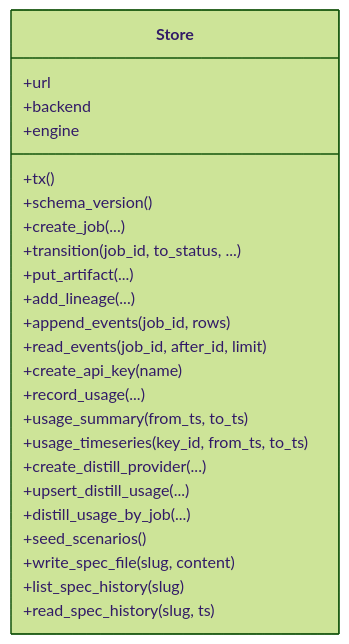
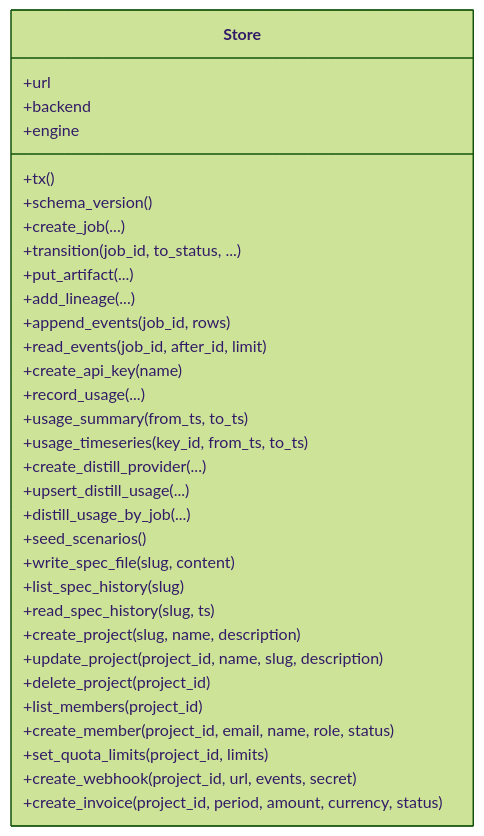
Before and after one commit to joezxh/kev: the third of 15 diagrams in .qoder/repowiki/zh/content/训练框架/控制台数据库持久化系统.md, drawn with Mermaid (forest theme). The commit also changed other lines of this file and 124 other files, not shown here.

````diff
--- a/.qoder/repowiki/zh/content/训练框架/控制台数据库持久化系统.md
+++ b/.qoder/repowiki/zh/content/训练框架/控制台数据库持久化系统.md
@@ -102,27 +118,35 @@
 ```mermaid
 classDiagram
 class Store {
 +url
 +backend
 +engine
 +tx()
 +schema_version()
 +create_job(...)
 +transition(job_id, to_status, ...)
 +put_artifact(...)
 +add_lineage(...)
 +append_events(job_id, rows)
 +read_events(job_id, after_id, limit)
 +create_api_key(name)
 +record_usage(...)
 +usage_summary(from_ts, to_ts)
 +usage_timeseries(key_id, from_ts, to_ts)
 +create_distill_provider(...)
 +upsert_distill_usage(...)
 +distill_usage_by_job(...)
 +seed_scenarios()
 +write_spec_file(slug, content)
 +list_spec_history(slug)
 +read_spec_history(slug, ts)
++create_project(slug, name, description)
++update_project(project_id, name, slug, description)
++delete_project(project_id)
++list_members(project_id)
++create_member(project_id, email, name, role, status)
++set_quota_limits(project_id, limits)
++create_webhook(project_id, url, events, secret)
++create_invoice(project_id, period, amount, currency, status)
 }
 ```
````
